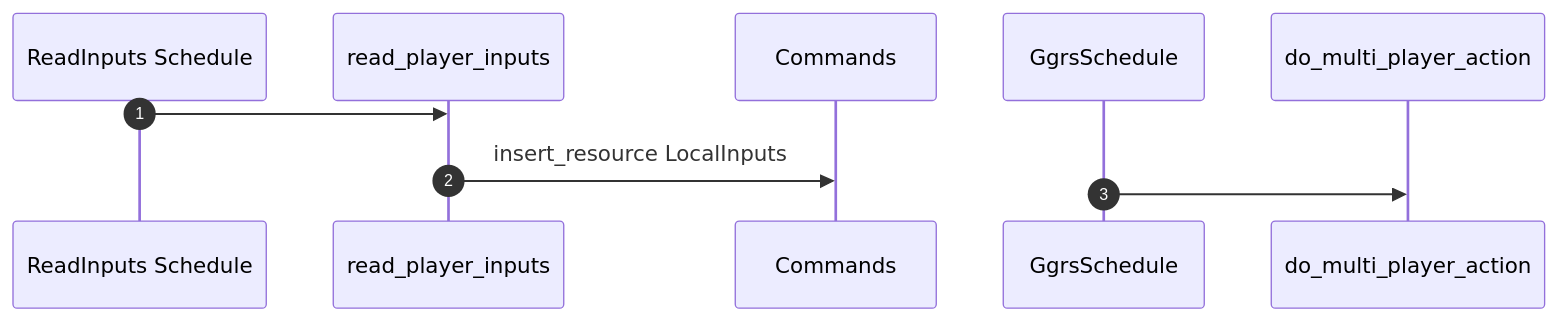
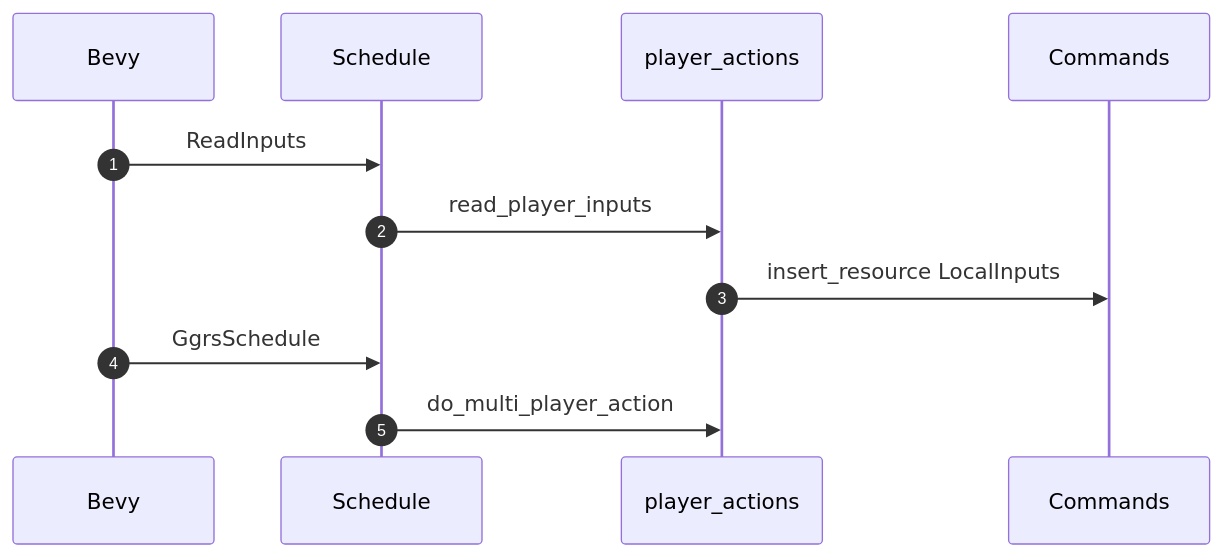
One commit to JorgeLGonzalez/dungeon_crawl_p2p changed the first of 3 diagrams in src/systems/player_actions/README.md. Above: the diagram before and after it, drawn with Mermaid. The commit also changed other lines of this file and 3 other files, not shown here.

````diff
--- a/src/systems/player_actions/README.md
+++ b/src/systems/player_actions/README.md
@@ -19,7 +19,9 @@
 ```mermaid
 sequenceDiagram
 autonumber
-ReadInputs Schedule->>read_player_inputs:
-read_player_inputs->>Commands: insert_resource LocalInputs
-GgrsSchedule->>do_multi_player_action:
+Bevy->>Schedule: ReadInputs
+Schedule->>player_actions: read_player_inputs
+player_actions->>Commands: insert_resource LocalInputs
+Bevy->>Schedule: GgrsSchedule
+Schedule->>player_actions: do_multi_player_action
 ```
````
